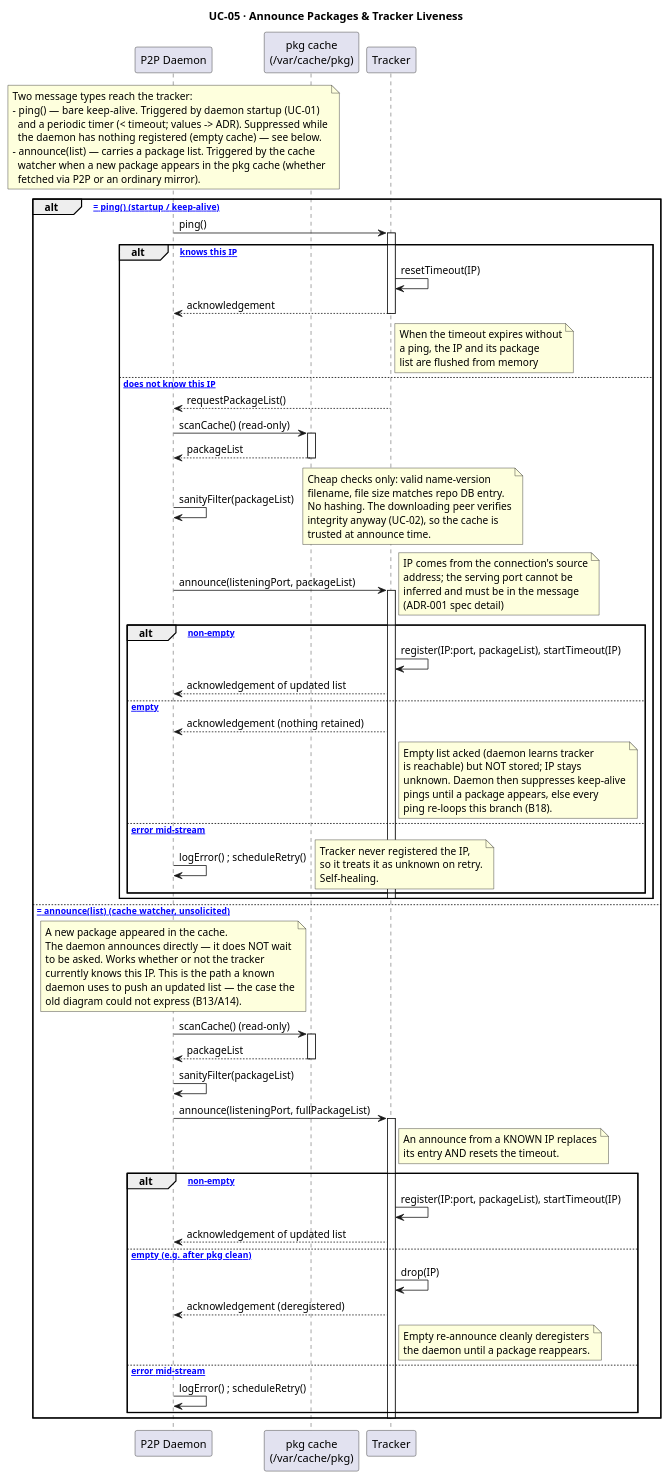
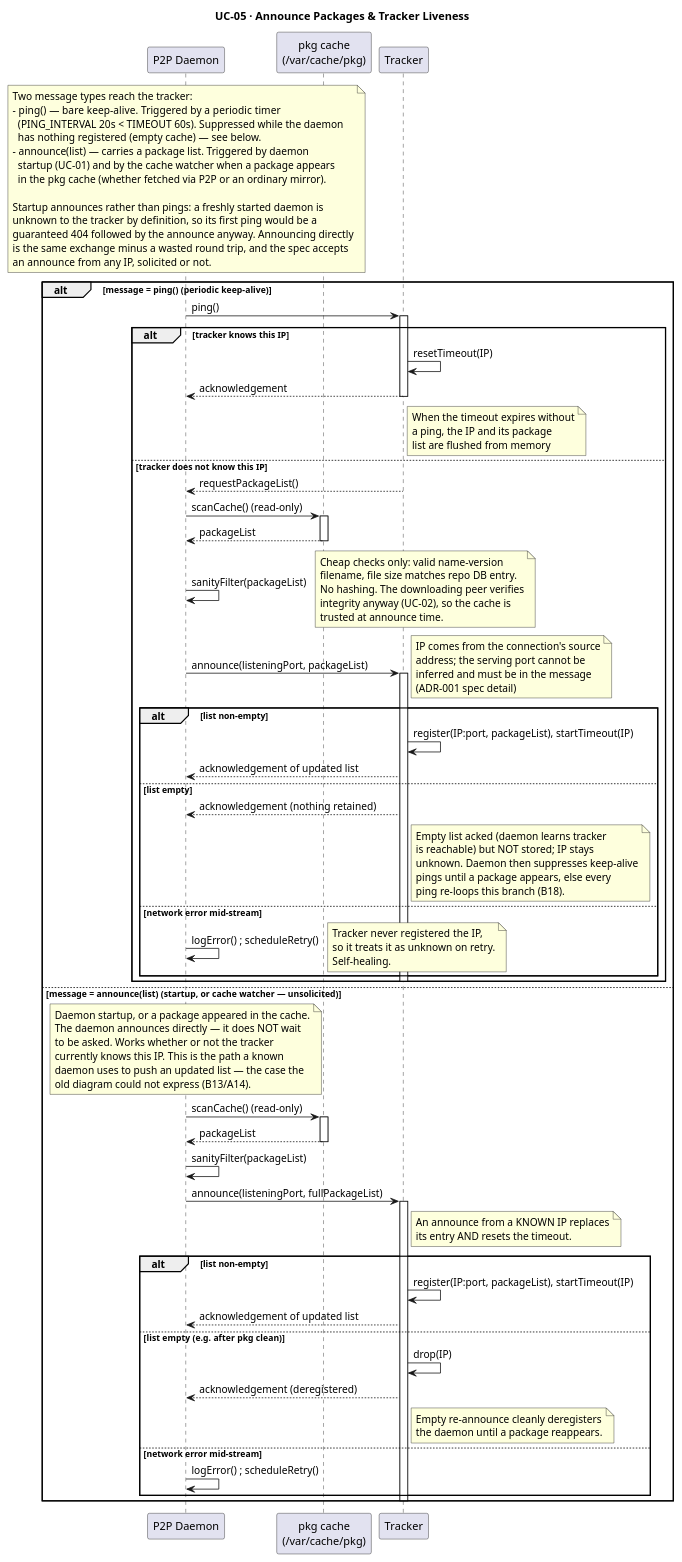
One commit to ndrew222/p2p-pkg-daemon changed the diagram in docs/uc-05.puml. Above: the diagram before and after it, drawn with PlantUML. The commit also changed 5 other files, not shown here.

```diff
--- a/docs/uc-05.puml
+++ b/docs/uc-05.puml
@@ -1,75 +1,75 @@
 @startuml
 title UC-05 · Announce Packages & Tracker Liveness
 
 participant "P2P Daemon" as Daemon
 participant "pkg cache\n(/var/cache/pkg)" as Cache
 participant Tracker
 
-note over Daemon : Two message types reach the tracker:\n- ping()  — bare keep-alive. Triggered by daemon startup (UC-01)\n  and a periodic timer (< timeout; values -> ADR). Suppressed while\n  the daemon has nothing registered (empty cache) — see below.\n- announce(list) — carries a package list. Triggered by the cache\n  watcher when a new package appears in the pkg cache (whether\n  fetched via P2P or an ordinary mirror).
+note over Daemon : Two message types reach the tracker:\n- ping()  — bare keep-alive. Triggered by a periodic timer\n  (PING_INTERVAL 20s < TIMEOUT 60s). Suppressed while the daemon\n  has nothing registered (empty cache) — see below.\n- announce(list) — carries a package list. Triggered by daemon\n  startup (UC-01) and by the cache watcher when a package appears\n  in the pkg cache (whether fetched via P2P or an ordinary mirror).\n\nStartup announces rather than pings: a freshly started daemon is\nunknown to the tracker by definition, so its first ping would be a\nguaranteed 404 followed by the announce anyway. Announcing directly\nis the same exchange minus a wasted round trip, and the spec accepts\nan announce from any IP, solicited or not.
 
-alt [message = ping()  (startup / keep-alive)]
+alt message = ping()  (periodic keep-alive)
 
     Daemon -> Tracker : ping()
     activate Tracker
 
-    alt [tracker knows this IP]
+    alt tracker knows this IP
         Tracker -> Tracker : resetTimeout(IP)
         Tracker --> Daemon : acknowledgement
         note right of Tracker : When the timeout expires without\na ping, the IP and its package\nlist are flushed from memory
         deactivate Tracker
 
-    else [tracker does not know this IP]
+    else tracker does not know this IP
         Tracker --> Daemon : requestPackageList()
         deactivate Tracker
 
         Daemon -> Cache : scanCache() (read-only)
         activate Cache
         Cache --> Daemon : packageList
         deactivate Cache
 
         Daemon -> Daemon : sanityFilter(packageList)
         note right : Cheap checks only: valid name-version\nfilename, file size matches repo DB entry.\nNo hashing. The downloading peer verifies\nintegrity anyway (UC-02), so the cache is\ntrusted at announce time.
 
         Daemon -> Tracker : announce(listeningPort, packageList)
         note right : IP comes from the connection's source\naddress; the serving port cannot be\ninferred and must be in the message\n(ADR-001 spec detail)
         activate Tracker
-        alt [list non-empty]
+        alt list non-empty
             Tracker -> Tracker : register(IP:port, packageList), startTimeout(IP)
             Tracker --> Daemon : acknowledgement of updated list
-        else [list empty]
+        else list empty
             Tracker --> Daemon : acknowledgement (nothing retained)
             note right of Tracker : Empty list acked (daemon learns tracker\nis reachable) but NOT stored; IP stays\nunknown. Daemon then suppresses keep-alive\npings until a package appears, else every\nping re-loops this branch (B18).
-        else [network error mid-stream]
+        else network error mid-stream
             Daemon -> Daemon : logError() ; scheduleRetry()
             note right : Tracker never registered the IP,\nso it treats it as unknown on retry.\nSelf-healing.
         end
         deactivate Tracker
     end
 
-else [message = announce(list)  (cache watcher, unsolicited)]
+else message = announce(list)  (startup, or cache watcher — unsolicited)
 
-    note over Daemon : A new package appeared in the cache.\nThe daemon announces directly — it does NOT wait\nto be asked. Works whether or not the tracker\ncurrently knows this IP. This is the path a known\ndaemon uses to push an updated list — the case the\nold diagram could not express (B13/A14).
+    note over Daemon : Daemon startup, or a package appeared in the cache.\nThe daemon announces directly — it does NOT wait\nto be asked. Works whether or not the tracker\ncurrently knows this IP. This is the path a known\ndaemon uses to push an updated list — the case the\nold diagram could not express (B13/A14).
 
     Daemon -> Cache : scanCache() (read-only)
     activate Cache
     Cache --> Daemon : packageList
     deactivate Cache
     Daemon -> Daemon : sanityFilter(packageList)
 
     Daemon -> Tracker : announce(listeningPort, fullPackageList)
     activate Tracker
     note right of Tracker : An announce from a KNOWN IP replaces\nits entry AND resets the timeout.
 
-    alt [list non-empty]
+    alt list non-empty
         Tracker -> Tracker : register(IP:port, packageList), startTimeout(IP)
         Tracker --> Daemon : acknowledgement of updated list
-    else [list empty  (e.g. after pkg clean)]
+    else list empty  (e.g. after pkg clean)
         Tracker -> Tracker : drop(IP)
         Tracker --> Daemon : acknowledgement (deregistered)
         note right of Tracker : Empty re-announce cleanly deregisters\nthe daemon until a package reappears.
-    else [network error mid-stream]
+    else network error mid-stream
         Daemon -> Daemon : logError() ; scheduleRetry()
     end
     deactivate Tracker
 end
 @enduml
```
